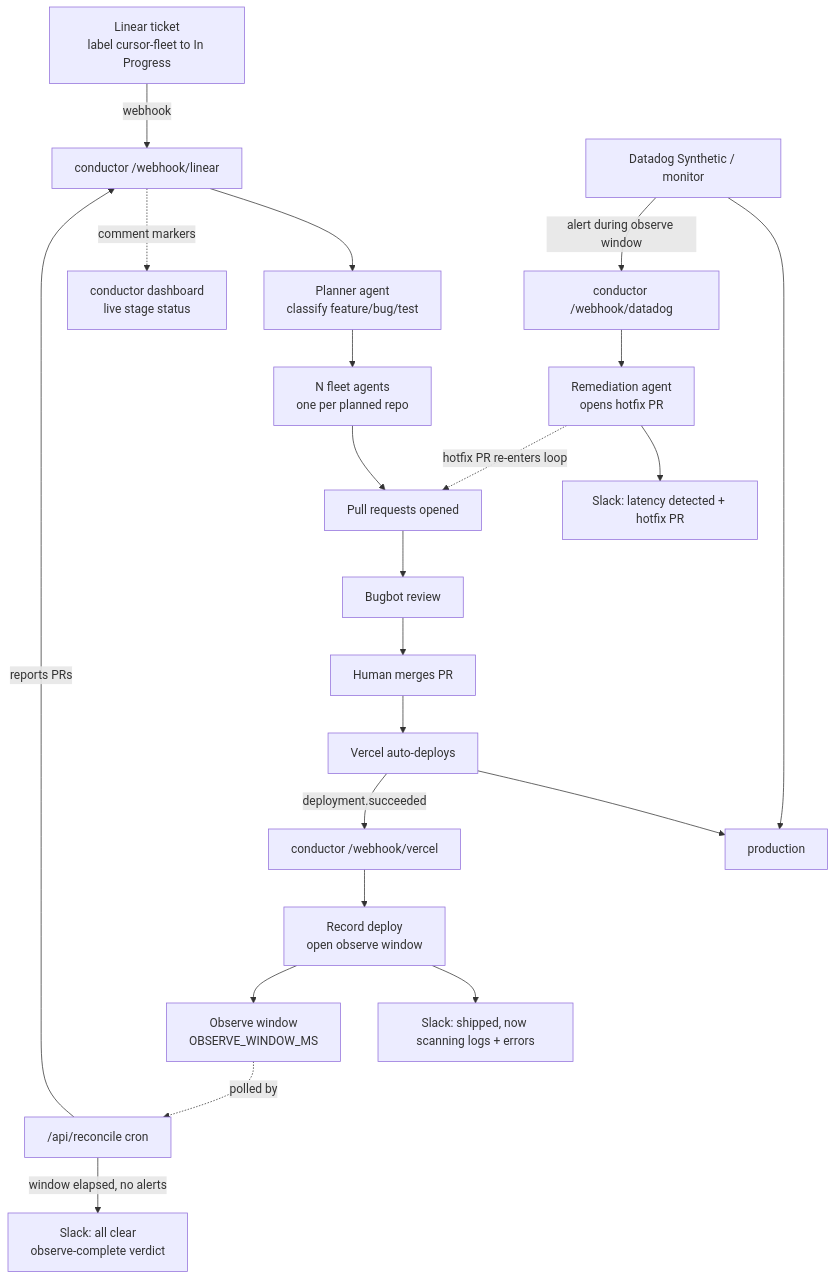
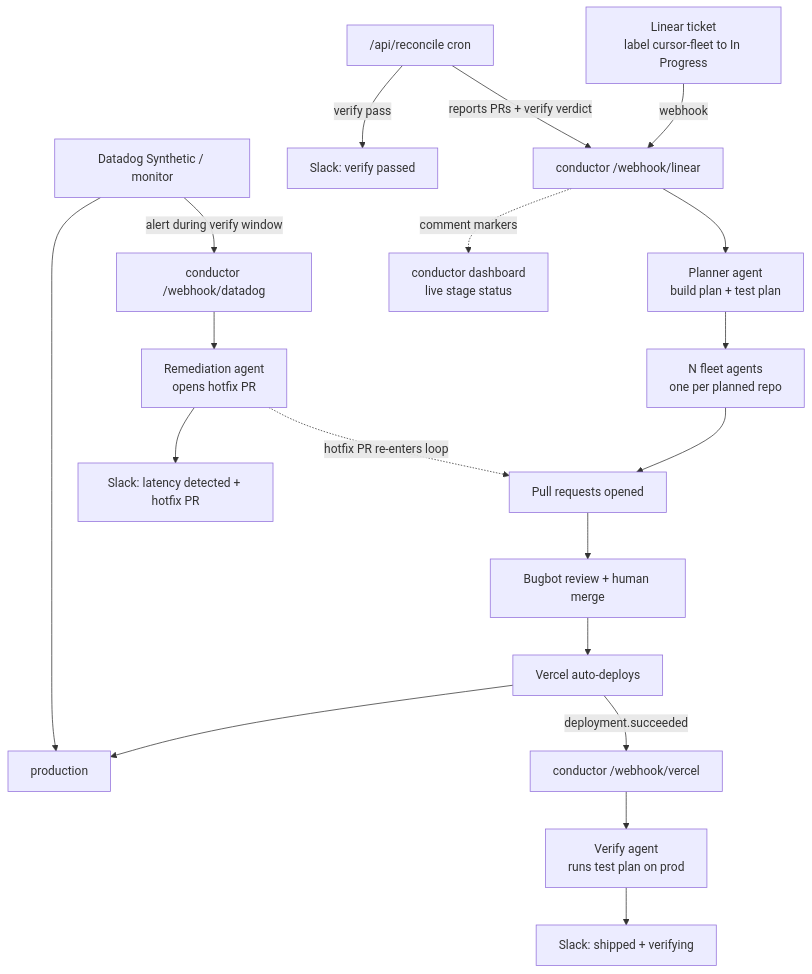
Before and after one commit to hsaab/conductor: the diagram in README.md, drawn with Mermaid. The commit also changed other lines of this file and 20 other files, not shown here.

First line of the commit message:
Add test plan generation and post-deploy verify stage. (#21)

````diff
--- a/README.md
+++ b/README.md
@@ -16,24 +16,21 @@
 ```mermaid
 flowchart TD
   Ticket["Linear ticket<br/>label cursor-fleet to In Progress"] -->|webhook| Linear["conductor /webhook/linear"]
-  Linear --> Planner["Planner agent<br/>classify feature/bug/test"]
+  Linear --> Planner["Planner agent<br/>build plan + test plan"]
   Planner --> Fleet["N fleet agents<br/>one per planned repo"]
   Fleet --> PR["Pull requests opened"]
-  PR --> Bugbot["Bugbot review"]
-  Bugbot --> Merge["Human merges PR"]
-  Merge --> Vercel["Vercel auto-deploys"]
+  PR --> Bugbot["Bugbot review + human merge"]
+  Bugbot --> Vercel["Vercel auto-deploys"]
   Vercel --> Prod["production"]
   Vercel -->|deployment.succeeded| VHook["conductor /webhook/vercel"]
-  VHook --> Obs["Record deploy<br/>open observe window"]
-  Obs --> Slack1["Slack: shipped, now scanning logs + errors"]
-  Obs --> Observe["Observe window<br/>OBSERVE_WINDOW_MS"]
-  Cron["/api/reconcile cron"] -->|reports PRs| Linear
-  Cron -->|window elapsed, no alerts| Clear["Slack: all clear<br/>observe-complete verdict"]
-  Observe -.->|polled by| Cron
+  VHook --> Verify["Verify agent<br/>runs test plan on prod"]
+  Verify --> Slack1["Slack: shipped + verifying"]
+  Cron["/api/reconcile cron"] -->|reports PRs + verify verdict| Linear
+  Cron -->|verify pass| Clear["Slack: verify passed"]
   Synthetic["Datadog Synthetic / monitor"] --> Prod
-  Synthetic -->|alert during observe window| DHook["conductor /webhook/datadog"]
+  Synthetic -->|alert during verify window| DHook["conductor /webhook/datadog"]
   DHook --> Remediate["Remediation agent<br/>opens hotfix PR"]
   Remediate --> Slack2["Slack: latency detected + hotfix PR"]
   Remediate -.->|hotfix PR re-enters loop| PR
   Linear -.->|comment markers| Board["conductor dashboard<br/>live stage status"]
 ```
````
